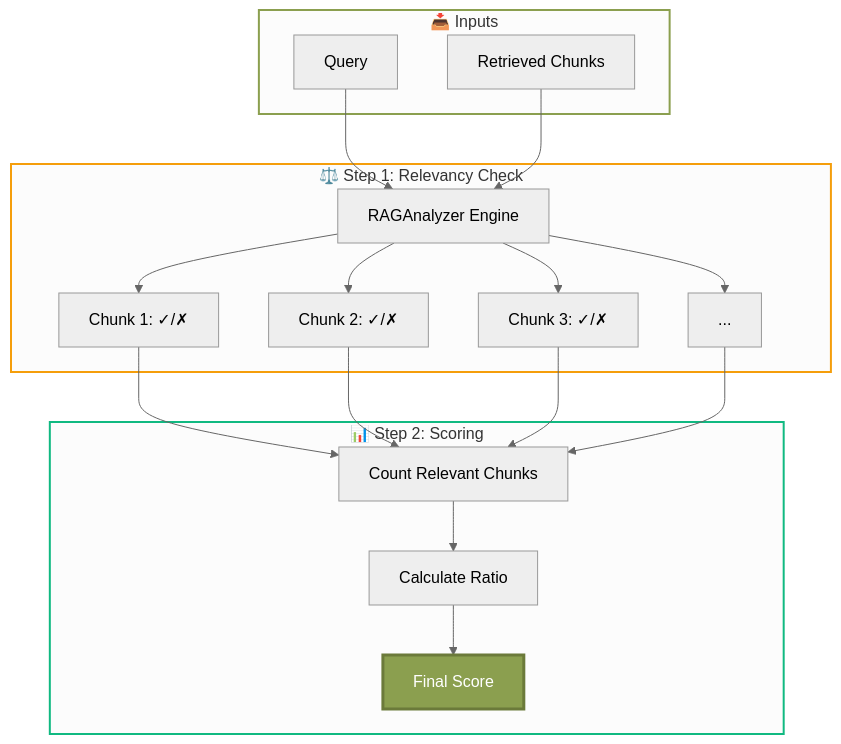
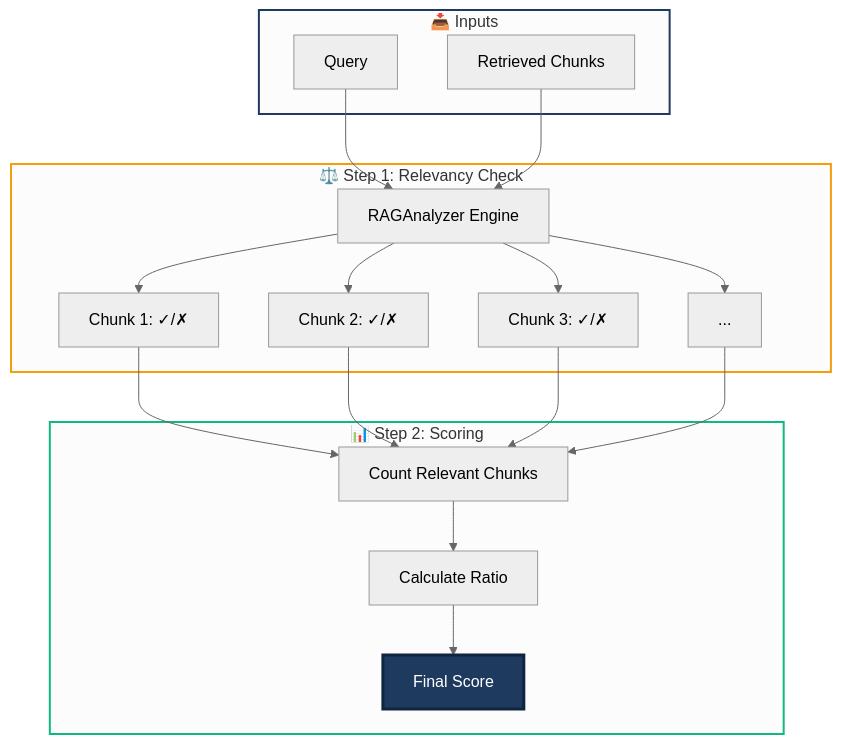
One commit to ax-foundry/axion changed the diagram in docs/metric-registry/composite/contextual_relevancy.md. Above: the diagram before and after it, drawn with Mermaid (neutral theme). The commit also changed other lines of this file and 54 other files, not shown here.

````diff
--- a/docs/metric-registry/composite/contextual_relevancy.md
+++ b/docs/metric-registry/composite/contextual_relevancy.md
@@ -92,32 +92,32 @@
     ```mermaid
     flowchart TD
         subgraph INPUT["📥 Inputs"]
             A[Query]
             B[Retrieved Chunks]
         end
 
         subgraph EVALUATE["⚖️ Step 1: Relevancy Check"]
             C[RAGAnalyzer Engine]
             D1["Chunk 1: ✓/✗"]
             D2["Chunk 2: ✓/✗"]
             D3["Chunk 3: ✓/✗"]
             DN["..."]
         end
 
         subgraph SCORE["📊 Step 2: Scoring"]
             E["Count Relevant Chunks"]
             F["Calculate Ratio"]
             G["Final Score"]
         end
 
         A & B --> C
         C --> D1 & D2 & D3 & DN
         D1 & D2 & D3 & DN --> E
         E --> F
         F --> G
 
-        style INPUT stroke:#8B9F4F,stroke-width:2px
+        style INPUT stroke:#1E3A5F,stroke-width:2px
         style EVALUATE stroke:#f59e0b,stroke-width:2px
         style SCORE stroke:#10b981,stroke-width:2px
-        style G fill:#8B9F4F,stroke:#6B7A3A,stroke-width:3px,color:#fff
+        style G fill:#1E3A5F,stroke:#0F2440,stroke-width:3px,color:#fff
     ```
````
